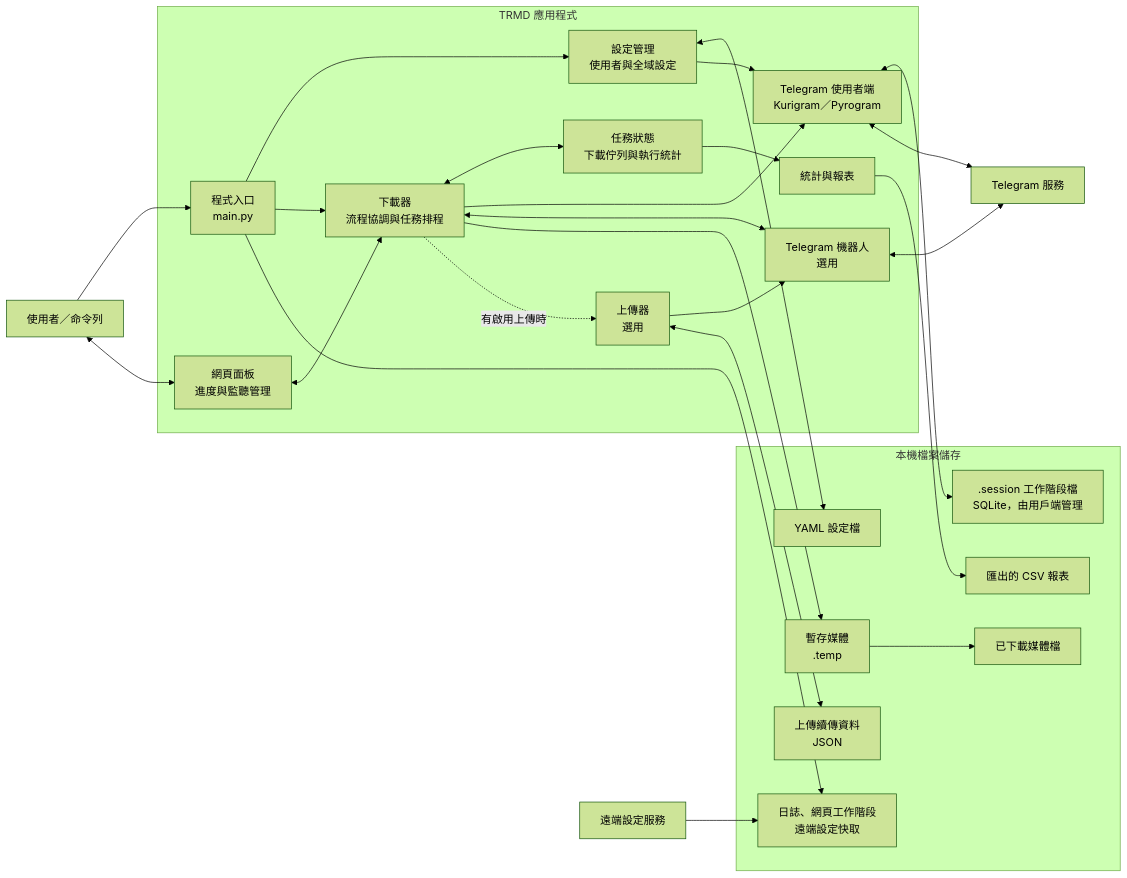
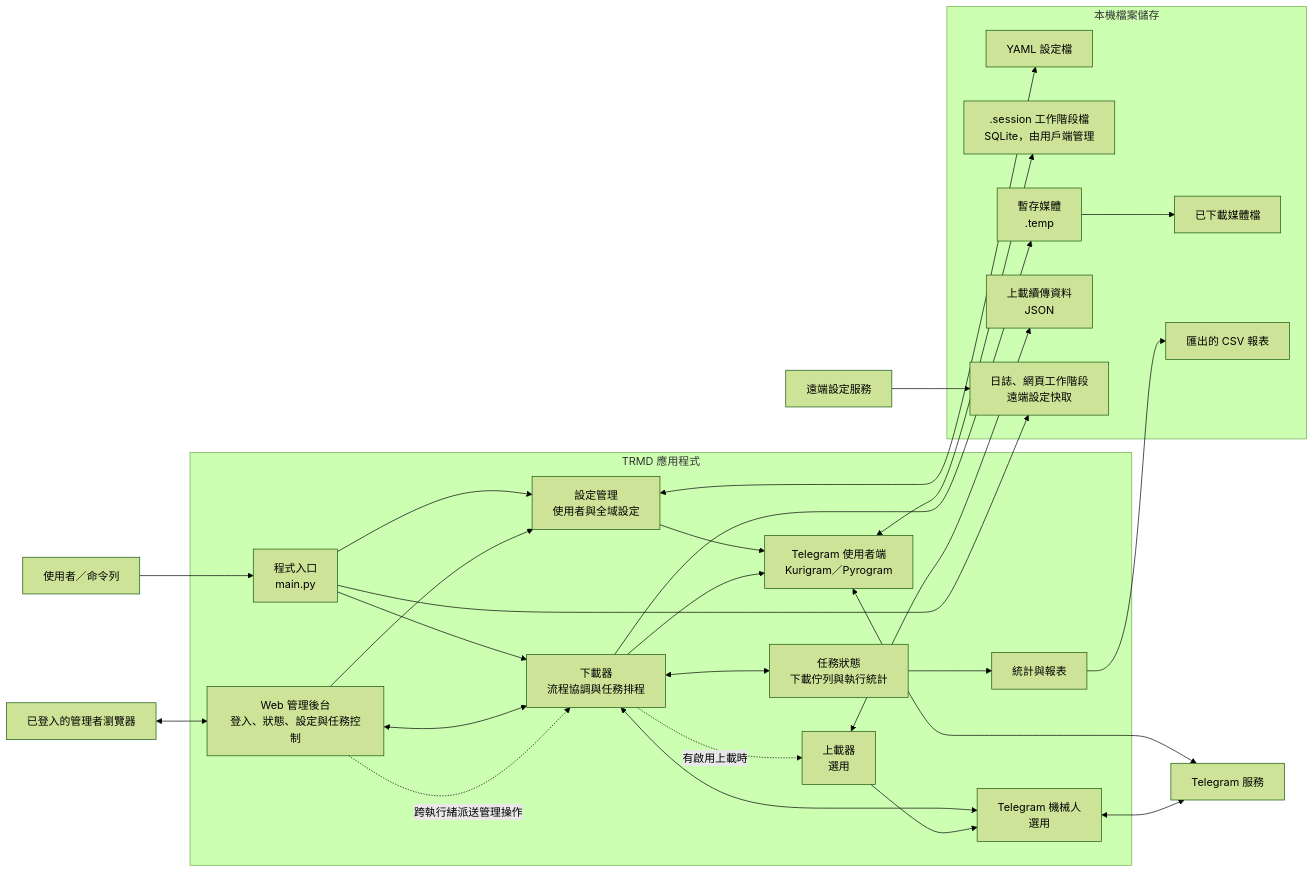
One commit to Wso-c/Telegram_Restricted_Media_Downloader changed the third of 3 diagrams in flow-diagram.md. Above: the diagram before and after it, drawn with Mermaid (forest theme). The commit also changed other lines of this file and 39 other files, not shown here.

````diff
--- a/flow-diagram.md
+++ b/flow-diagram.md
@@ -49,51 +76,54 @@
 ```mermaid
 flowchart LR
     user["使用者／命令列"]
+    browser["已登入的管理者瀏覽器"]
     telegram["Telegram 服務"]
     remote["遠端設定服務"]
 
     subgraph app["TRMD 應用程式"]
         entry["程式入口<br/>main.py"]
         config["設定管理<br/>使用者與全域設定"]
         orchestrator["下載器<br/>流程協調與任務排程"]
         tasks["任務狀態<br/>下載佇列與執行統計"]
         client["Telegram 使用者端<br/>Kurigram／Pyrogram"]
-        bot["Telegram 機器人<br/>選用"]
-        web["網頁面板<br/>進度與監聽管理"]
-        uploader["上傳器<br/>選用"]
+        bot["Telegram 機械人<br/>選用"]
+        web["Web 管理後台<br/>登入、狀態、設定與任務控制"]
+        uploader["上載器<br/>選用"]
         report["統計與報表"]
     end
 
     subgraph storage["本機檔案儲存"]
         yaml["YAML 設定檔"]
         session[".session 工作階段檔<br/>SQLite，由用戶端管理"]
         temp["暫存媒體<br/>.temp"]
         media["已下載媒體檔"]
-        upload_json["上傳續傳資料<br/>JSON"]
+        upload_json["上載續傳資料<br/>JSON"]
         local_meta["日誌、網頁工作階段<br/>遠端設定快取"]
         csv["匯出的 CSV 報表"]
     end
 
     user --> entry
     entry --> config
     config <--> yaml
     entry --> orchestrator
     config --> client
     client <--> session
     client <--> telegram
     orchestrator <--> tasks
     orchestrator --> client
     orchestrator <--> bot
     bot <--> telegram
     orchestrator --> temp
     temp --> media
-    orchestrator -. "有啟用上傳時" .-> uploader
+    orchestrator -. "有啟用上載時" .-> uploader
     uploader --> bot
     uploader <--> upload_json
-    user <--> web
+    browser <--> web
     web <--> orchestrator
+    web --> config
+    web -. "跨執行緒派送管理操作" .-> orchestrator
     tasks --> report
     report --> csv
     remote --> local_meta
     entry --> local_meta
 ```
````
